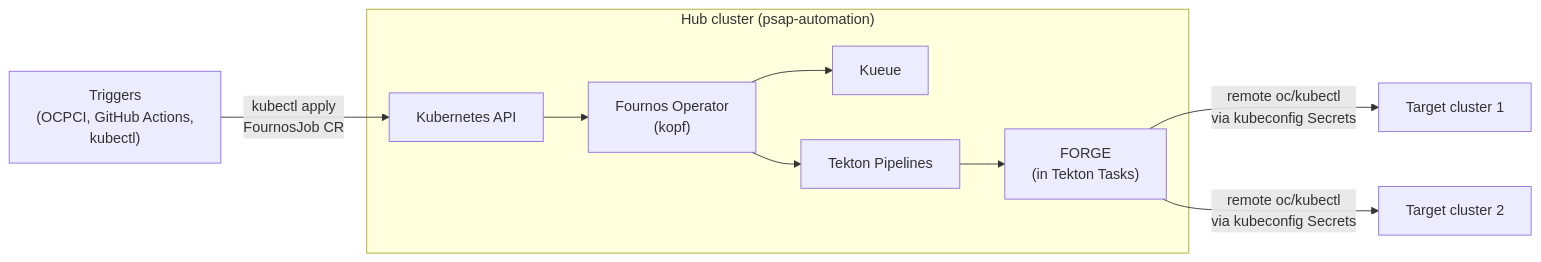
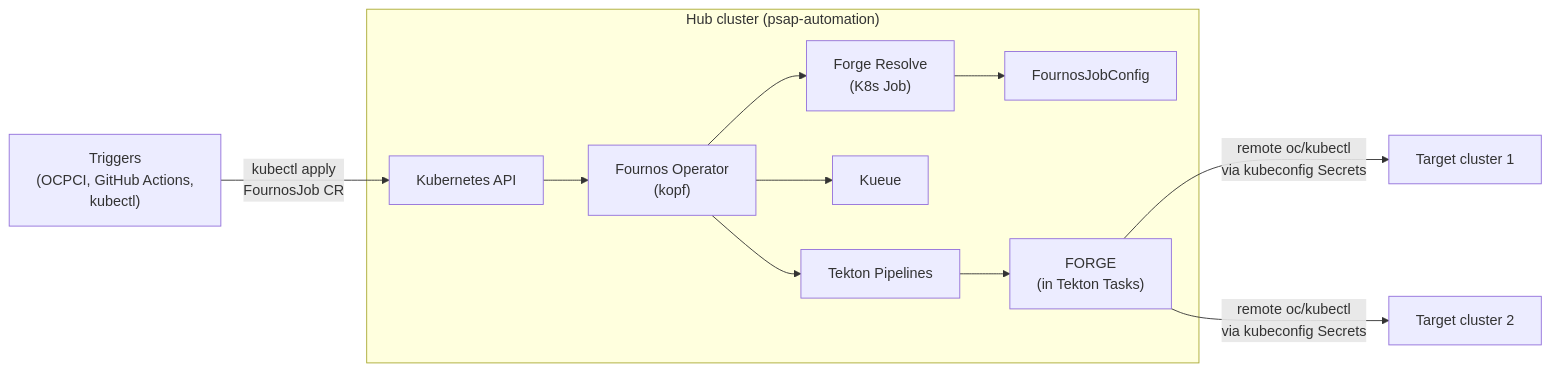
The first of 2 diagrams in Fournos_Design_Document.md (openshift-psap/fournos), drawn with Mermaid before and after one commit. The commit also changed other lines of this file and 1 other file, not shown here.

````diff
--- a/Fournos_Design_Document.md
+++ b/Fournos_Design_Document.md
@@ -11,17 +11,21 @@
 ```mermaid
 flowchart LR
     Triggers["Triggers\n(OCPCI, GitHub Actions,\nkubectl)"] -->|"kubectl apply\nFournosJob CR"| K8sAPI
     subgraph Hub["Hub cluster (psap-automation)"]
         K8sAPI["Kubernetes API"]
         Operator["Fournos Operator\n(kopf)"]
+        ForgeResolve["Forge Resolve\n(K8s Job)"]
+        FJC["FournosJobConfig"]
         Kueue["Kueue"]
         Tekton["Tekton Pipelines"]
         FORGE["FORGE\n(in Tekton Tasks)"]
         K8sAPI --> Operator
+        Operator --> ForgeResolve
+        ForgeResolve --> FJC
         Operator --> Kueue
         Operator --> Tekton
         Tekton --> FORGE
     end
     FORGE -- "remote oc/kubectl\nvia kubeconfig Secrets" --> Target1["Target cluster 1"]
     FORGE -- "remote oc/kubectl\nvia kubeconfig Secrets" --> Target2["Target cluster 2"]
 ```
````
